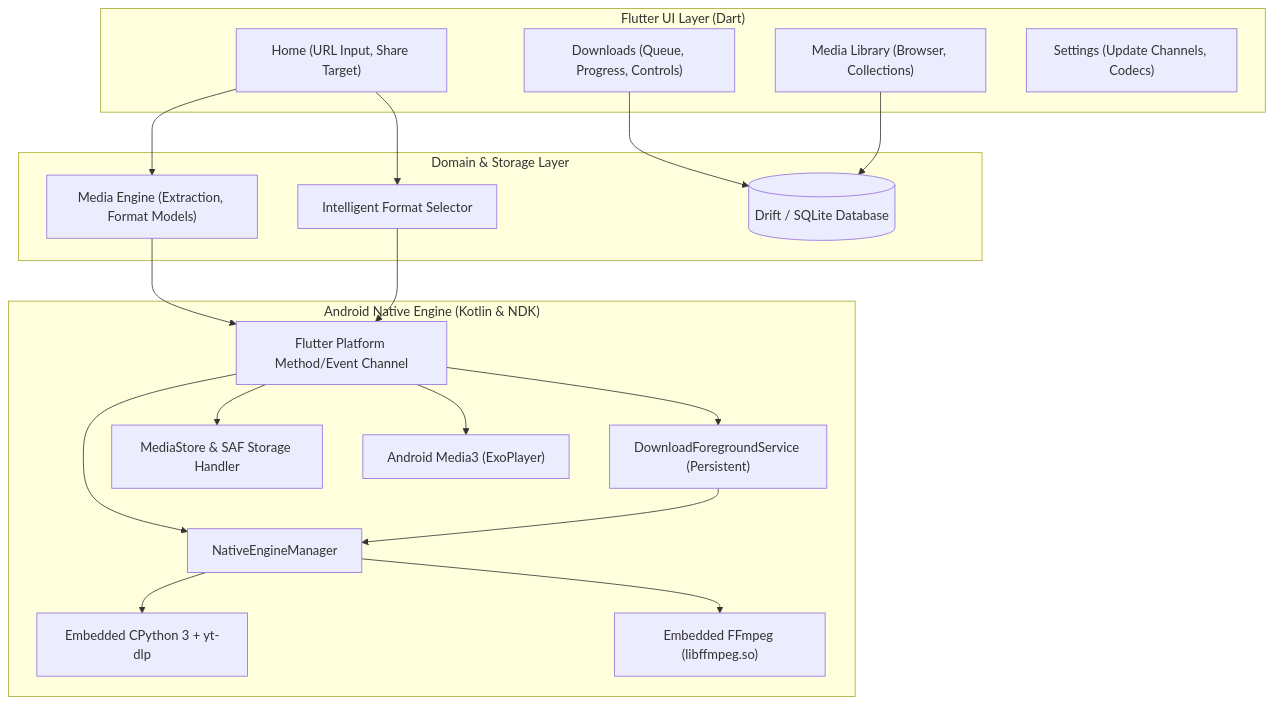
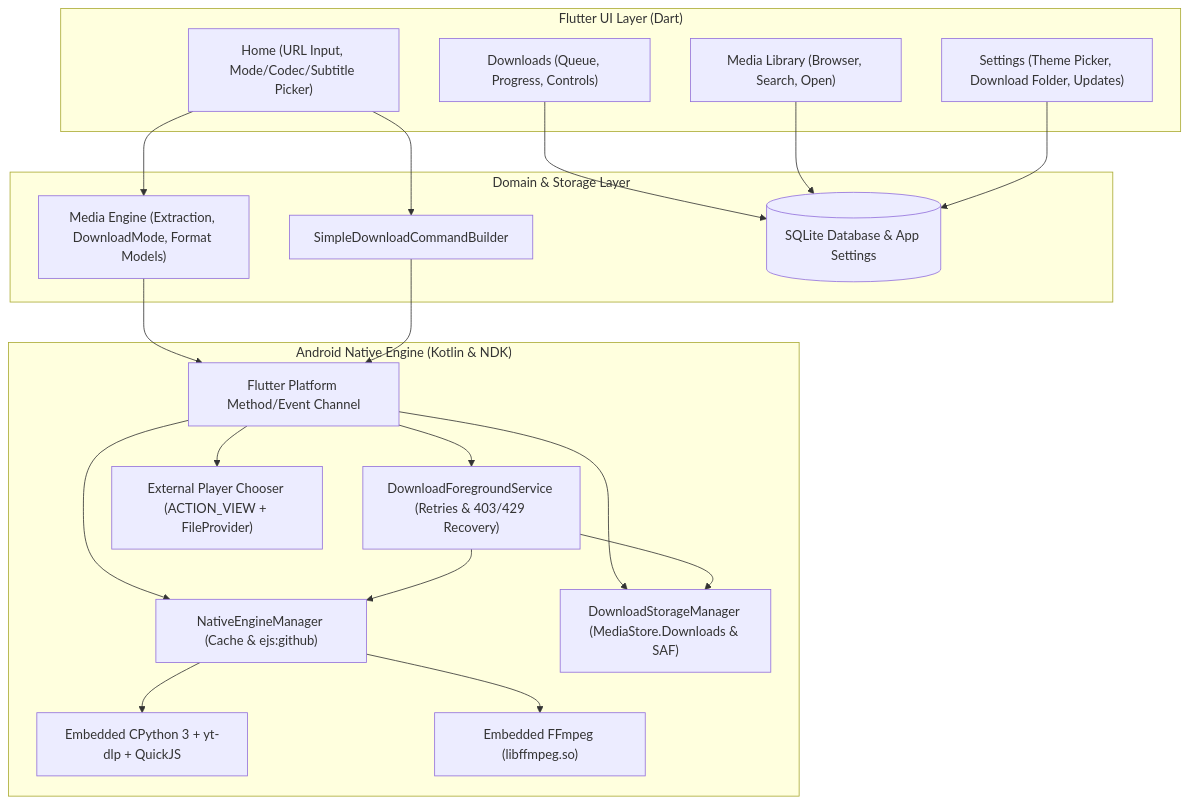
The diagram in README.md (ameya-deshpande-5056/meteora-dl), drawn with Mermaid before and after one commit. The commit also changed other lines of this file and 48 other files, not shown here.

First line of the commit message:
chore: Bump release tag and align stack with SQLite, Media3, and ProcessBuilder workflow

````diff
--- a/README.md
+++ b/README.md
@@ -50,41 +49,43 @@
 ```mermaid
 flowchart TD
     subgraph UI_Layer ["Flutter UI Layer (Dart)"]
-        UI_Home["Home (URL Input, Share Target)"]
+        UI_Home["Home (URL Input, Mode/Codec/Subtitle Picker)"]
         UI_Down["Downloads (Queue, Progress, Controls)"]
-        UI_Lib["Media Library (Browser, Collections)"]
-        UI_Set["Settings (Update Channels, Codecs)"]
+        UI_Lib["Media Library (Browser, Search, Open)"]
+        UI_Set["Settings (Theme Picker, Download Folder, Updates)"]
     end
 
     subgraph State_Layer ["Domain & Storage Layer"]
-        Engine["Media Engine (Extraction, Format Models)"]
-        IntelligentSelector["Intelligent Format Selector"]
-        DB[(Drift / SQLite Database)]
+        Engine["Media Engine (Extraction, DownloadMode, Format Models)"]
+        CmdBuilder["SimpleDownloadCommandBuilder"]
+        DB[(SQLite Database & App Settings)]
     end
 
     subgraph Native_Layer ["Android Native Engine (Kotlin & NDK)"]
         Bridge["Flutter Platform Method/Event Channel"]
-        FGService["DownloadForegroundService (Persistent)"]
-        NativeEngine["NativeEngineManager"]
-        PythonNDK["Embedded CPython 3 + yt-dlp"]
+        FGService["DownloadForegroundService (Retries & 403/429 Recovery)"]
+        NativeEngine["NativeEngineManager (Cache & ejs:github)"]
+        PythonNDK["Embedded CPython 3 + yt-dlp + QuickJS"]
         FFmpegNDK["Embedded FFmpeg (libffmpeg.so)"]
-        MediaStoreHandler["MediaStore & SAF Storage Handler"]
-        Media3Player["Android Media3 (ExoPlayer)"]
+        StorageMgr["DownloadStorageManager (MediaStore.Downloads & SAF)"]
+        ExternalPlayer["External Player Chooser (ACTION_VIEW + FileProvider)"]
     end
 
     UI_Home --> Engine
-    UI_Home --> IntelligentSelector
+    UI_Home --> CmdBuilder
     UI_Down --> DB
     UI_Lib --> DB
+    UI_Set --> DB
 
     Engine --> Bridge
-    IntelligentSelector --> Bridge
+    CmdBuilder --> Bridge
     Bridge --> FGService
     Bridge --> NativeEngine
-    Bridge --> MediaStoreHandler
-    Bridge --> Media3Player
+    Bridge --> StorageMgr
+    Bridge --> ExternalPlayer
 
     NativeEngine --> PythonNDK
     NativeEngine --> FFmpegNDK
     FGService --> NativeEngine
+    FGService --> StorageMgr
 ```
````
